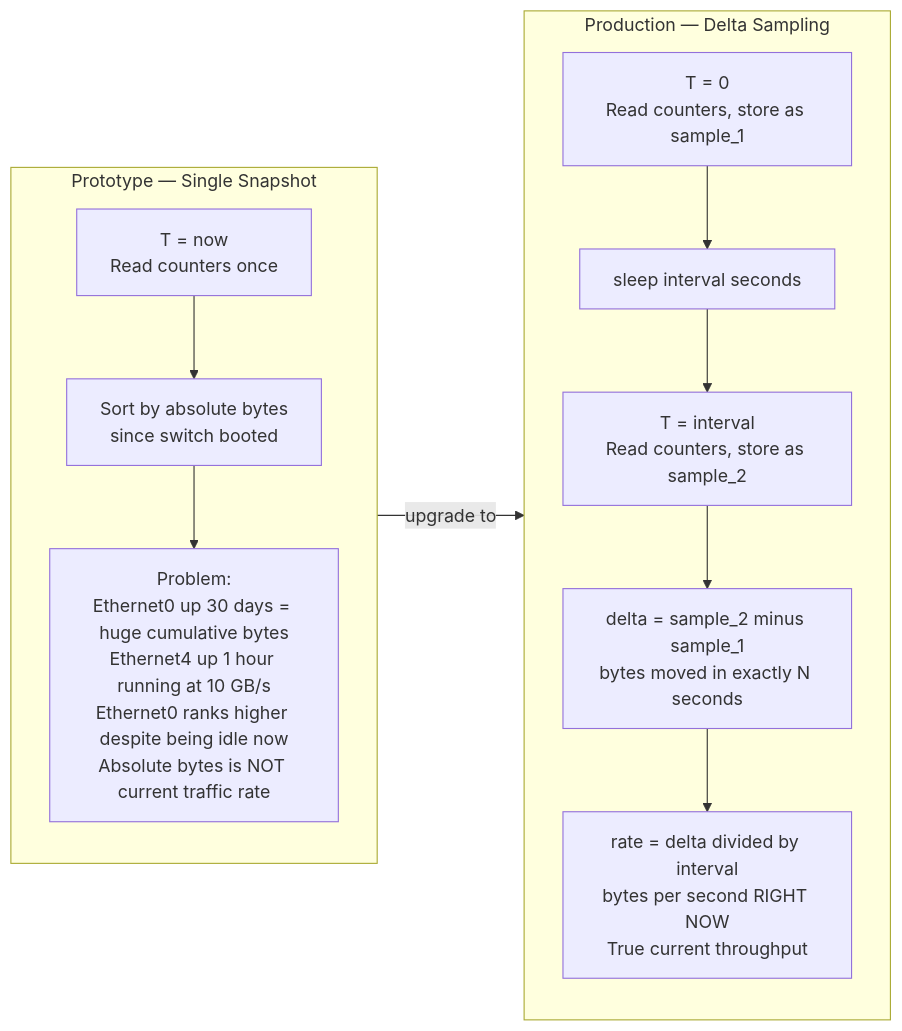
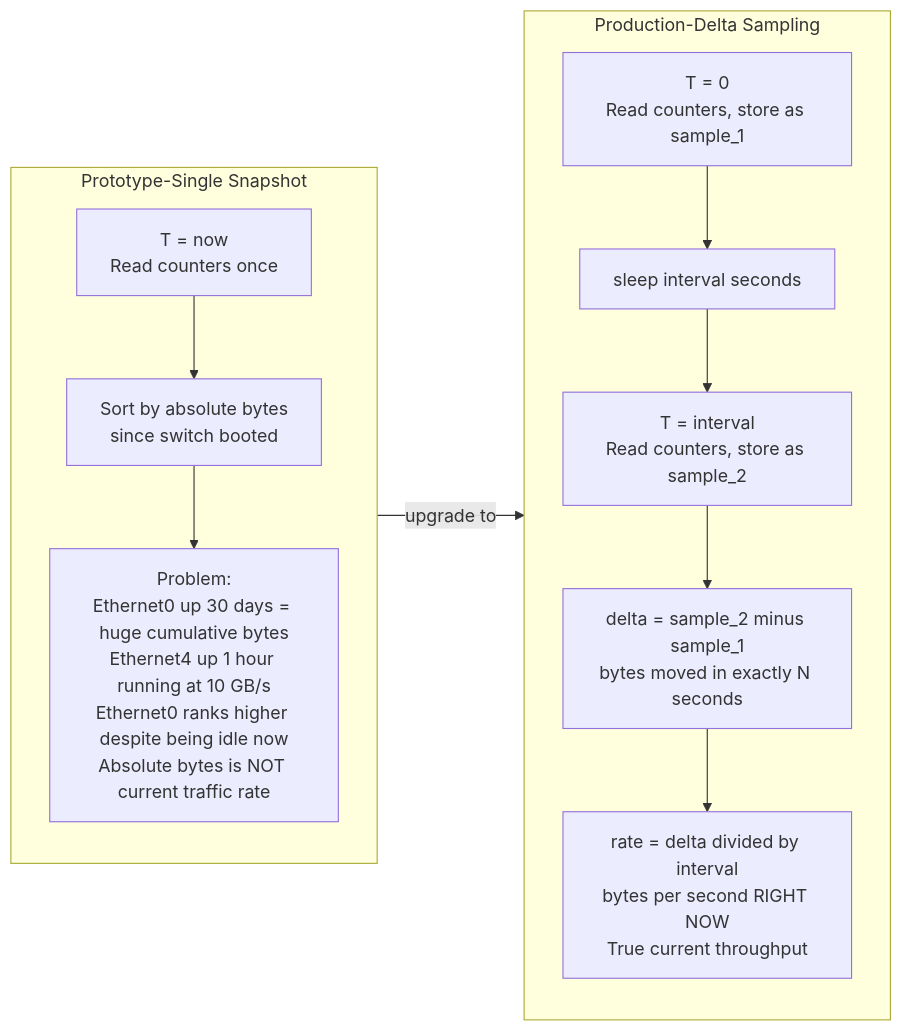
Before and after one commit to jayzalani/Sonic_top_n_interface: the tenth of 11 diagrams in readme.md, drawn with Mermaid. The commit also changed other lines of this file, not shown here.

````diff
--- a/readme.md
+++ b/readme.md
@@ -483,22 +483,22 @@
 ```mermaid
 flowchart LR
-    subgraph PROTOTYPE["Prototype — Single Snapshot"]
+    subgraph PROTOTYPE["Prototype-Single Snapshot"]
         direction TB
         T_NOW["T = now\nRead counters once"]
         SORT_ABS["Sort by absolute bytes\nsince switch booted"]
         PROBLEM["Problem:\nEthernet0 up 30 days = huge cumulative bytes\nEthernet4 up 1 hour running at 10 GB/s\nEthernet0 ranks higher despite being idle now\nAbsolute bytes is NOT current traffic rate"]
         T_NOW --> SORT_ABS --> PROBLEM
     end
 
-    subgraph PRODUCTION["Production — Delta Sampling"]
+    subgraph PRODUCTION["Production-Delta Sampling"]
         direction TB
         T0["T = 0\nRead counters, store as sample_1"]
         SLEEP2["sleep interval seconds"]
         T3["T = interval\nRead counters, store as sample_2"]
         DELTA2["delta = sample_2 minus sample_1\nbytes moved in exactly N seconds"]
         RATE["rate = delta divided by interval\nbytes per second RIGHT NOW\nTrue current throughput"]
         T0 --> SLEEP2 --> T3 --> DELTA2 --> RATE
     end
 
     PROTOTYPE -->|"upgrade to"| PRODUCTION
 ```
````
